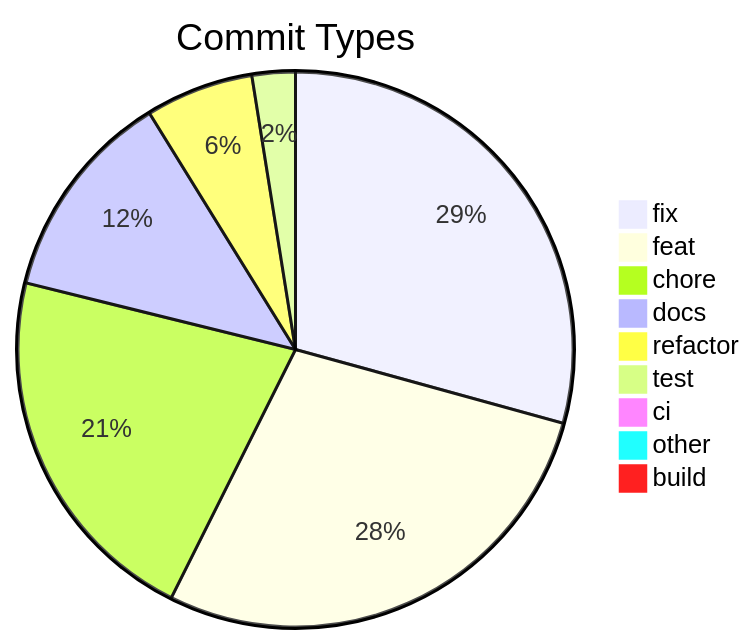
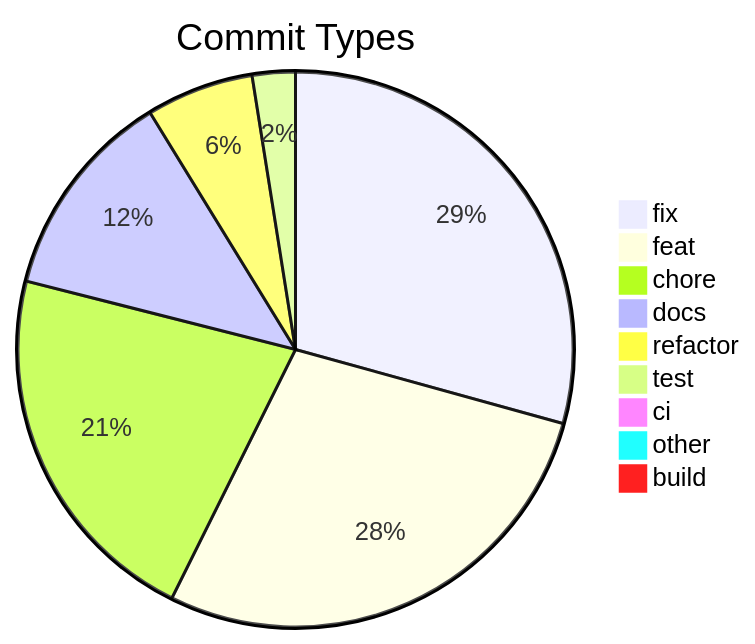
One commit to svenroth-ai/shipwright changed the diagram in .shipwright/compliance/change-history.md. Above: the diagram before and after it, drawn with Mermaid. The commit also changed other lines of this file and 8 other files, not shown here.

````diff
--- a/.shipwright/compliance/change-history.md
+++ b/.shipwright/compliance/change-history.md
@@ -8,12 +8,12 @@
 ```mermaid
 pie title Commit Types
-    "fix" : 349
-    "feat" : 335
-    "chore" : 256
+    "fix" : 351
+    "feat" : 336
+    "chore" : 259
     "docs" : 147
     "refactor" : 75
     "test" : 30
     "ci" : 11
     "other" : 9
     "build" : 1
 ```
````
